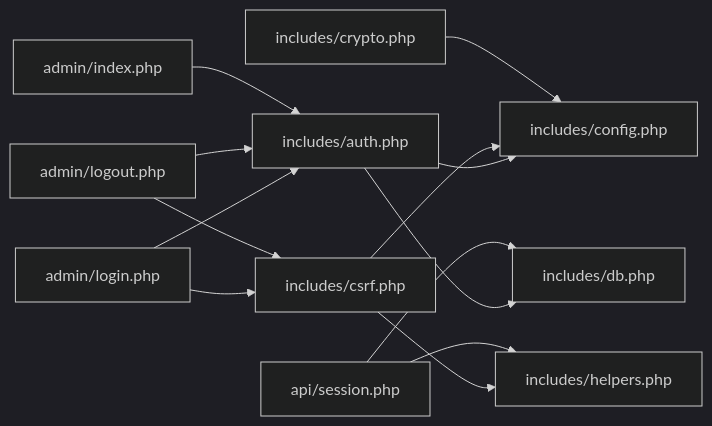
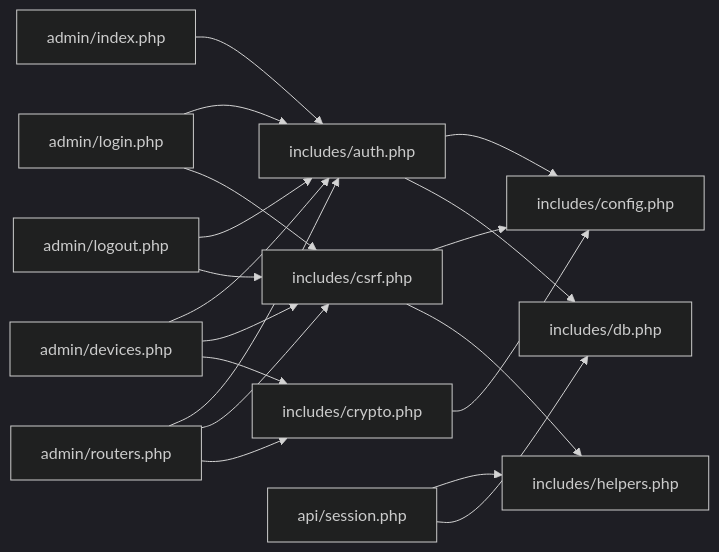
Diagram 14 of 14 in .qoder/repowiki/en/content/Administrative Panel/Security & Authentication.md (Djnirds1984/MT-CONTROLLER-PISOWIFI), drawn with Mermaid (dark theme) before and after one commit. The commit also changed other lines of this file and 14 other files, not shown here.

````diff
--- a/.qoder/repowiki/en/content/Administrative Panel/Security & Authentication.md
+++ b/.qoder/repowiki/en/content/Administrative Panel/Security & Authentication.md
@@ -421,15 +556,21 @@
 ```mermaid
 graph LR
 Login["admin/login.php"] --> Auth["includes/auth.php"]
 Login --> Csrf["includes/csrf.php"]
 Logout["admin/logout.php"] --> Auth
 Logout --> Csrf
 Dashboard["admin/index.php"] --> Auth
+Devices["admin/devices.php"] --> Auth
+Devices --> Csrf
+Devices --> Crypto["includes/crypto.php"]
+Routers["admin/routers.php"] --> Auth
+Routers --> Csrf
+Routers --> Crypto
 Auth --> Config["includes/config.php"]
 Auth --> Db["includes/db.php"]
 Csrf --> Config
 Csrf --> Helpers["includes/helpers.php"]
-Crypto["includes/crypto.php"] --> Config
+Crypto --> Config
 SessionApi["api/session.php"] --> Helpers
 SessionApi --> Db
 ```
````
